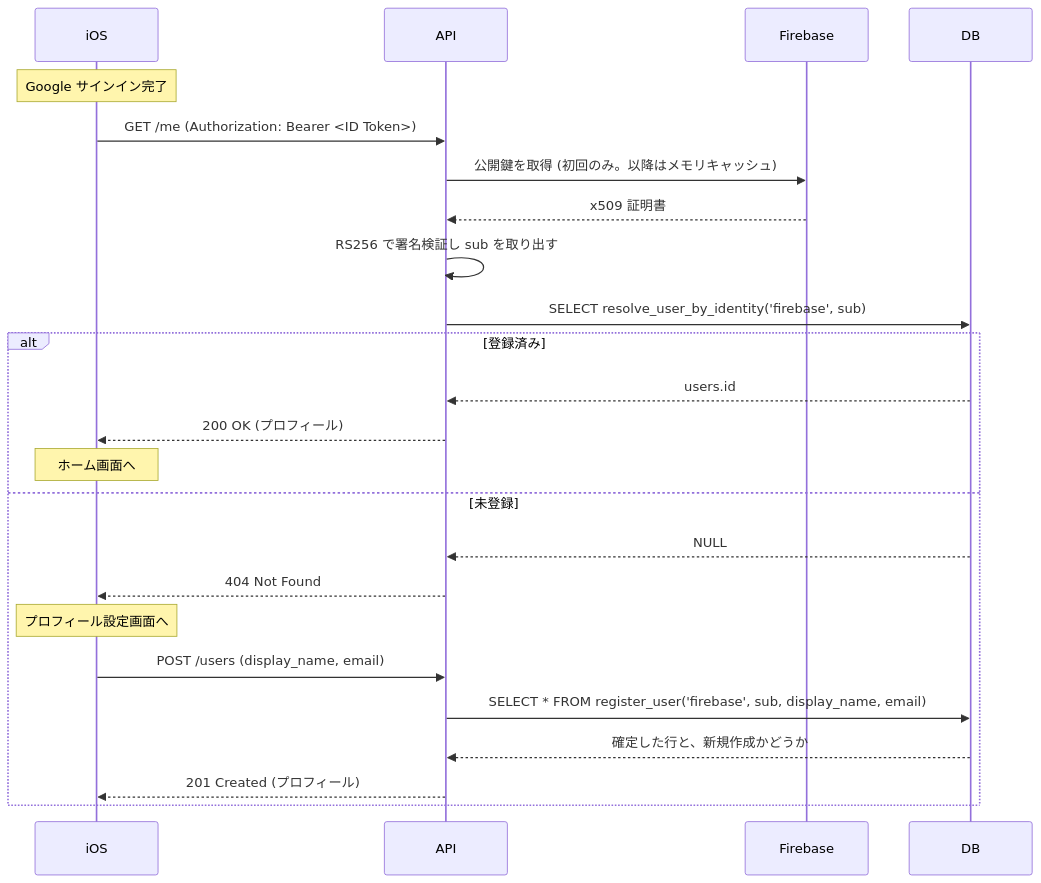
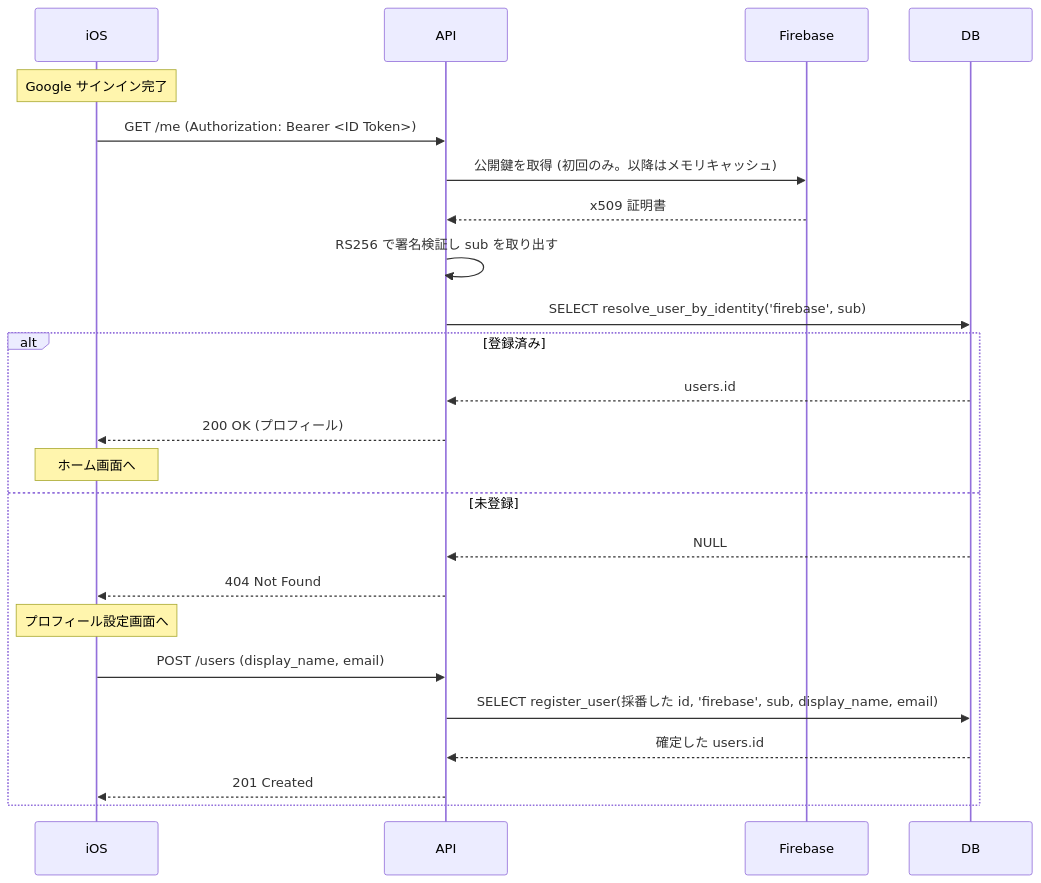
Before and after one commit to sawakishuto/himasoku-go: the second of 4 diagrams in docs/usecases/onboarding.md, drawn with Mermaid. The commit also changed other lines of this file and 1 other file, not shown here.

First line of the commit message:
docs: register_user のシグネチャ変更を反映する

````diff
--- a/docs/usecases/onboarding.md
+++ b/docs/usecases/onboarding.md
@@ -78,28 +78,28 @@
 ```mermaid
 sequenceDiagram
     participant iOS
     participant API
     participant Firebase
     participant DB
 
     Note over iOS: Google サインイン完了
     iOS->>API: GET /me (Authorization: Bearer <ID Token>)
     API->>Firebase: 公開鍵を取得 (初回のみ。以降はメモリキャッシュ)
     Firebase-->>API: x509 証明書
     API->>API: RS256 で署名検証し sub を取り出す
     API->>DB: SELECT resolve_user_by_identity('firebase', sub)
 
     alt 登録済み
         DB-->>API: users.id
         API-->>iOS: 200 OK (プロフィール)
         Note over iOS: ホーム画面へ
     else 未登録
         DB-->>API: NULL
         API-->>iOS: 404 Not Found
         Note over iOS: プロフィール設定画面へ
         iOS->>API: POST /users (display_name, email)
-        API->>DB: SELECT * FROM register_user('firebase', sub, display_name, email)
-        DB-->>API: 確定した行と、新規作成かどうか
-        API-->>iOS: 201 Created (プロフィール)
+        API->>DB: SELECT register_user(採番した id, 'firebase', sub, display_name, email)
+        DB-->>API: 確定した users.id
+        API-->>iOS: 201 Created
     end
 ```
````
